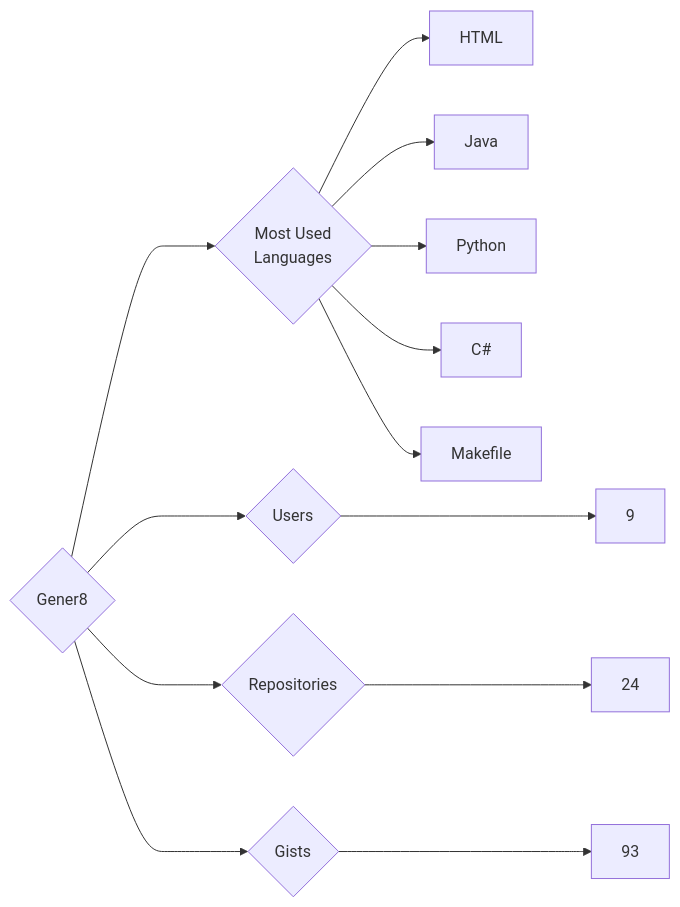
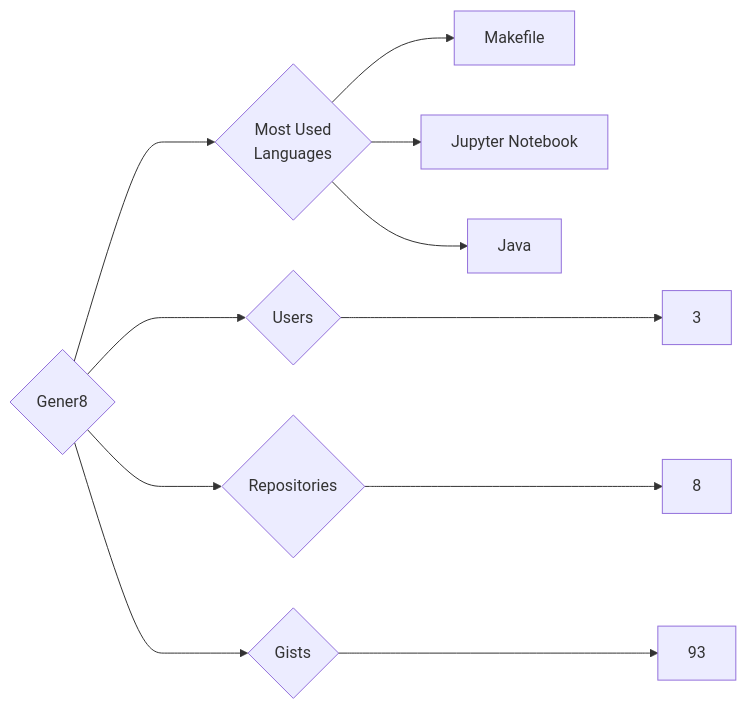
Before and after one commit to trickest/insiders: the diagram in targets/Gener8/README.md, drawn with Mermaid. The commit also changed 912 other files, not shown here.

````diff
--- a/targets/Gener8/README.md
+++ b/targets/Gener8/README.md
@@ -3,13 +3,11 @@
 ```mermaid
 graph LR
 COMPANY_NAME{Gener8}
-COMPANY_NAME ---> U{Users} ---> UN[9]
-COMPANY_NAME ---> R{Repositories} ---> RN[24]
+COMPANY_NAME ---> U{Users} ---> UN[3]
+COMPANY_NAME ---> R{Repositories} ---> RN[8]
 COMPANY_NAME ---> G{Gists} ---> GN[93]
 COMPANY_NAME ---> ML{Most Used<br>Languages}
-ML --> HTML[HTML]
+ML --> Makefile[Makefile]
+ML --> Jupyter_Notebook[Jupyter Notebook]
 ML --> Java[Java]
-ML --> Python[Python]
-ML --> C#[C#]
-ML --> Makefile[Makefile]
 ```
````
